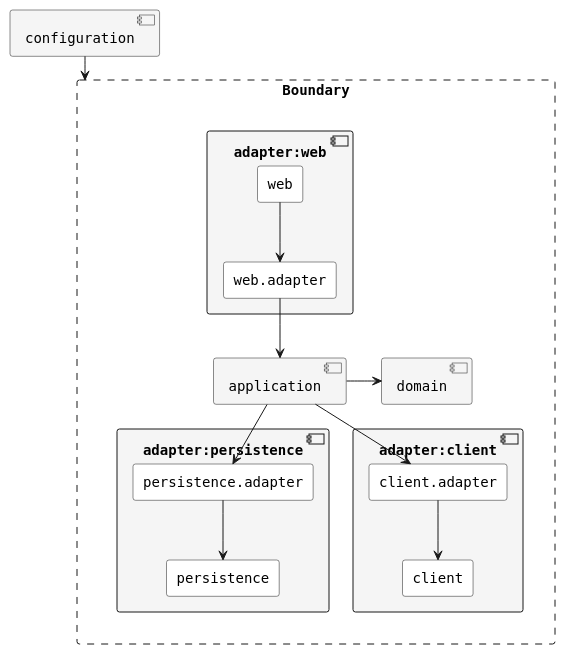
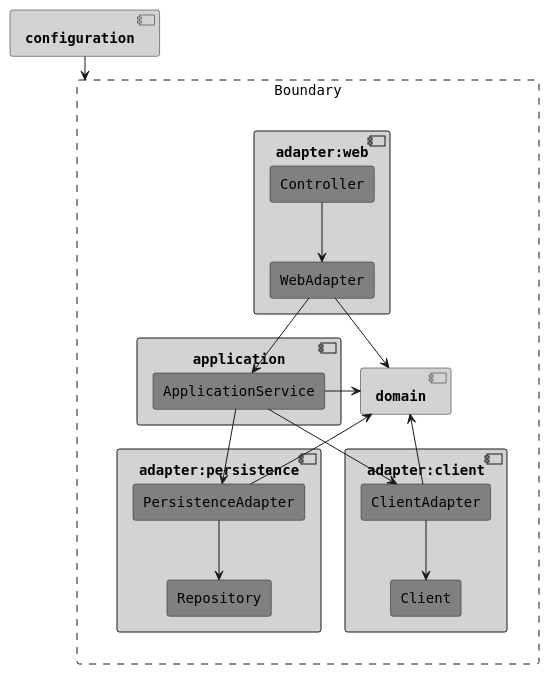
The diagram in README.md (macdao/hands-on-clean-architecture-template-ling), drawn with PlantUML before and after one commit. The commit also changed other lines of this file, not shown here.

Commit message:
chore: update architecture diagram

````diff
--- a/README.md
+++ b/README.md
@@ -8,38 +10,48 @@
 ```plantuml
 @startuml
 skinparam defaultFontName Fira Code, Monospaced
 skinparam RectangleBorderStyle<<Boundary>> dashed
-skinparam RectangleBackgroundColor White
-skinparam ComponentBackgroundColor WhiteSmoke
+skinparam RectangleBackgroundColor<<Boundary>> White
+skinparam RectangleFontStyle<<Boundary>> normal
+skinparam RectangleBackgroundColor Gray
+skinparam ComponentBackgroundColor LightGray
+skinparam ComponentFontStyle bold
 hide <<Boundary>> stereotype
 
 rectangle Boundary <<Boundary>> {
-  [application] -> [domain]
+  component application {
+    rectangle ApplicationService
+  }
 
   component adapter:web {
-    rectangle web
-    rectangle web.adapter
-    web --> web.adapter
+    rectangle Controller
+    rectangle WebAdapter
+    Controller --> WebAdapter
   }
-  [web.adapter] --> [application]
+  WebAdapter --> ApplicationService
 
   component adapter:persistence {
-    rectangle persistence
-    rectangle persistence.adapter
-    [persistence.adapter] --> [persistence] 
+    rectangle Repository
+    rectangle PersistenceAdapter
+    PersistenceAdapter --> Repository 
   }
-  [application] --> [persistence.adapter]
+  ApplicationService --> PersistenceAdapter
 
   component adapter:client {
-    rectangle client
-    rectangle client.adapter
-    [client.adapter] --> [client] 
+    rectangle Client
+    rectangle ClientAdapter
+    ClientAdapter --> Client 
   }
-  [application] --> [client.adapter]
+  ApplicationService --> ClientAdapter
+
+  ApplicationService -> [domain]
+  WebAdapter --> [domain]
+  [domain] <-- PersistenceAdapter
+  [domain] <-- ClientAdapter
 }
 
 
-[configuration] --> Boundary
+[configuration] --> Boundary  
 
 @enduml
 ```
````
